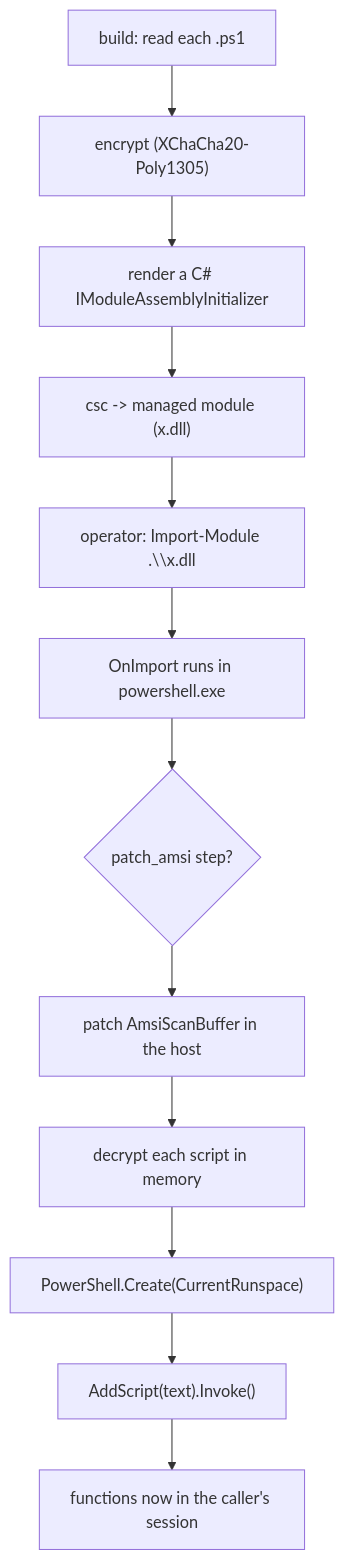
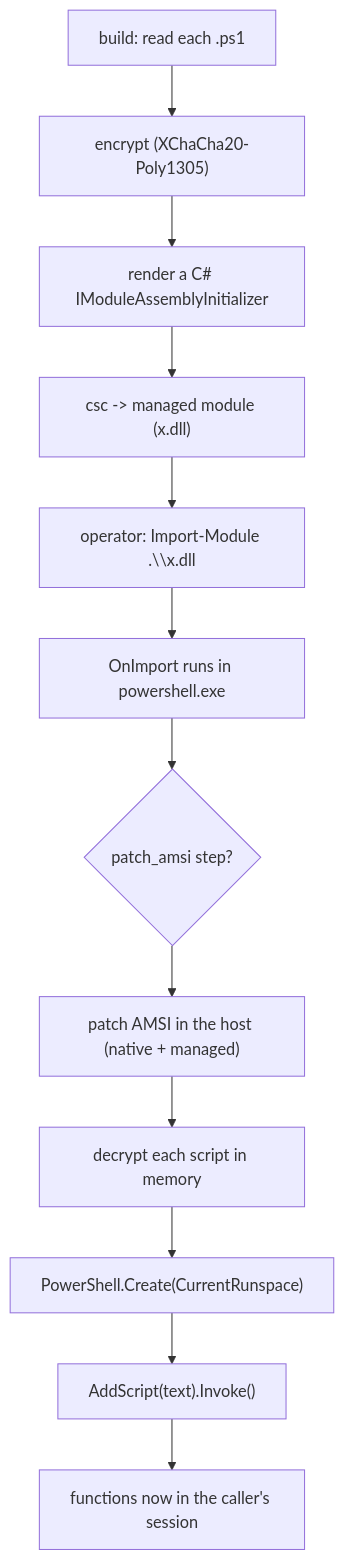
One commit to M3str3/Picaro changed the diagram in src/techniques/import_powermodule/README.md. Above: the diagram before and after it, drawn with Mermaid. The commit also changed other lines of this file and 4 other files, not shown here.

First line of the commit message:
Document expanded ETW/AMSI patch coverage

````diff
--- a/src/techniques/import_powermodule/README.md
+++ b/src/techniques/import_powermodule/README.md
@@ -17,14 +17,14 @@
 ```mermaid
 flowchart TD
     A["build: read each .ps1"] --> B["encrypt (XChaCha20-Poly1305)"]
     B --> C["render a C# IModuleAssemblyInitializer"]
     C --> D["csc -> managed module (x.dll)"]
     D --> E["operator: Import-Module .\\x.dll"]
     E --> F["OnImport runs in powershell.exe"]
-    G{"patch_amsi step?"} --> H["patch AmsiScanBuffer in the host"]
+    G{"patch_amsi step?"} --> H["patch AMSI in the host (native + managed)"]
     F --> G
     H --> I["decrypt each script in memory"]
     I --> J["PowerShell.Create(CurrentRunspace)"]
     J --> K["AddScript(text).Invoke()"]
     K --> L["functions now in the caller's session"]
 ```
````
